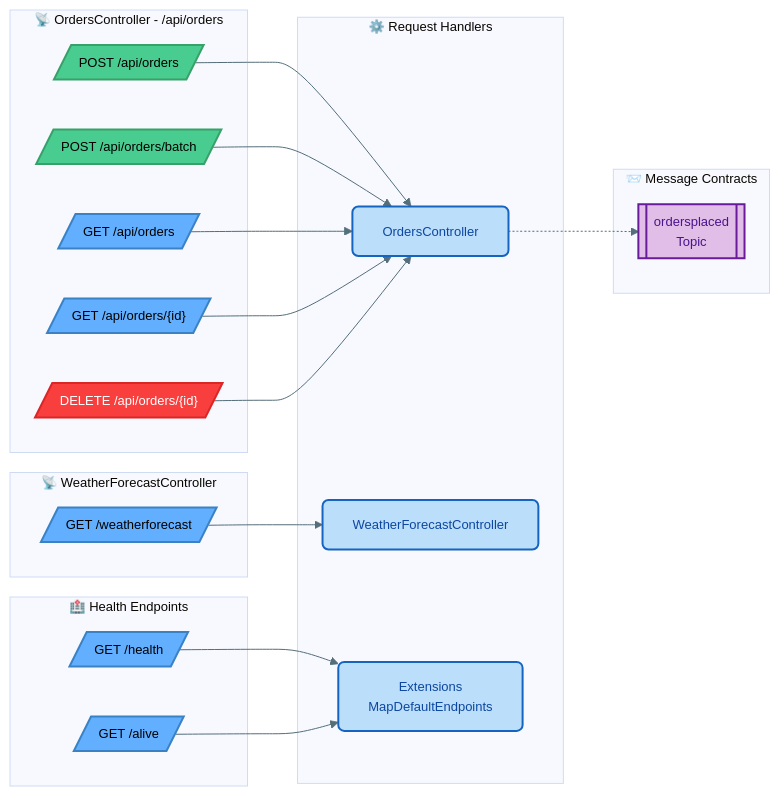
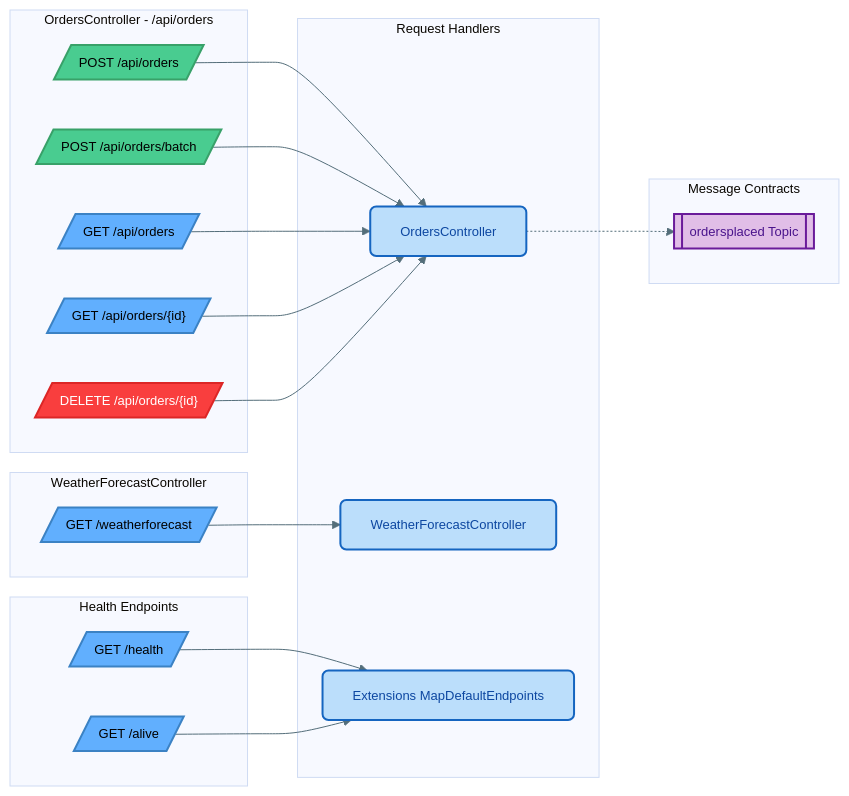
Before and after one commit to Evilazaro/Azure-LogicApps-Monitoring: the fourth of 9 diagrams in docs/architecture/application-architecture.md, drawn with Mermaid. The commit also changed other lines of this file, not shown here.

Commit message:
docs: enhance application architecture documentation with updated diagrams and improved clarity

````diff
--- a/docs/architecture/application-architecture.md
+++ b/docs/architecture/application-architecture.md
@@ -246,60 +266,60 @@
 ```mermaid
 %%{init: {
   'theme': 'base',
   'themeVariables': {
     'fontFamily': 'Segoe UI, Roboto, Helvetica Neue, Arial, sans-serif',
     'fontSize': '13px',
     'lineColor': '#546e7a',
     'textColor': '#263238'
   }
 }}%%
 flowchart LR
-    subgraph api_orders["📡 OrdersController - /api/orders"]
+    subgraph api_orders["OrdersController - /api/orders"]
         api_post_order[/"POST /api/orders"/]
         api_post_batch[/"POST /api/orders/batch"/]
         api_get_orders[/"GET /api/orders"/]
         api_get_order[/"GET /api/orders/{id}"/]
         api_delete_order[/"DELETE /api/orders/{id}"/]
     end
 
-    subgraph api_weather["📡 WeatherForecastController"]
+    subgraph api_weather["WeatherForecastController"]
         api_get_weather[/"GET /weatherforecast"/]
     end
 
-    subgraph api_health["🏥 Health Endpoints"]
+    subgraph api_health["Health Endpoints"]
         api_health_check[/"GET /health"/]
         api_alive_check[/"GET /alive"/]
     end
 
-    subgraph handlers["⚙️ Request Handlers"]
+    subgraph handlers["Request Handlers"]
         handler_orders["OrdersController"]
         handler_weather["WeatherForecastController"]
-        handler_health["Extensions<br/>MapDefaultEndpoints"]
+        handler_health["Extensions MapDefaultEndpoints"]
     end
 
-    subgraph messaging["📨 Message Contracts"]
-        msg_ordersplaced[["ordersplaced<br/>Topic"]]
+    subgraph messaging["Message Contracts"]
+        msg_ordersplaced[["ordersplaced Topic"]]
     end
 
     api_post_order --> handler_orders
     api_post_batch --> handler_orders
     api_get_orders --> handler_orders
     api_get_order --> handler_orders
     api_delete_order --> handler_orders
     api_get_weather --> handler_weather
     api_health_check --> handler_health
     api_alive_check --> handler_health
     handler_orders -.-> msg_ordersplaced
 
     classDef get fill:#61AFFE,stroke:#3B82C4,stroke-width:2px,color:#000,rx:4,ry:4
     classDef post fill:#49CC90,stroke:#38A169,stroke-width:2px,color:#000,rx:4,ry:4
     classDef delete fill:#F93E3E,stroke:#DC2626,stroke-width:2px,color:#fff,rx:4,ry:4
     classDef handler fill:#BBDEFB,stroke:#1565C0,stroke-width:2px,color:#0D47A1,rx:6,ry:6
     classDef messaging fill:#E1BEE7,stroke:#6A1B9A,stroke-width:2px,color:#4A148C,rx:4,ry:4
 
     class api_get_orders,api_get_order,api_get_weather,api_health_check,api_alive_check get
     class api_post_order,api_post_batch post
     class api_delete_order delete
     class handler_orders,handler_weather,handler_health handler
     class msg_ordersplaced messaging
 ```
````
